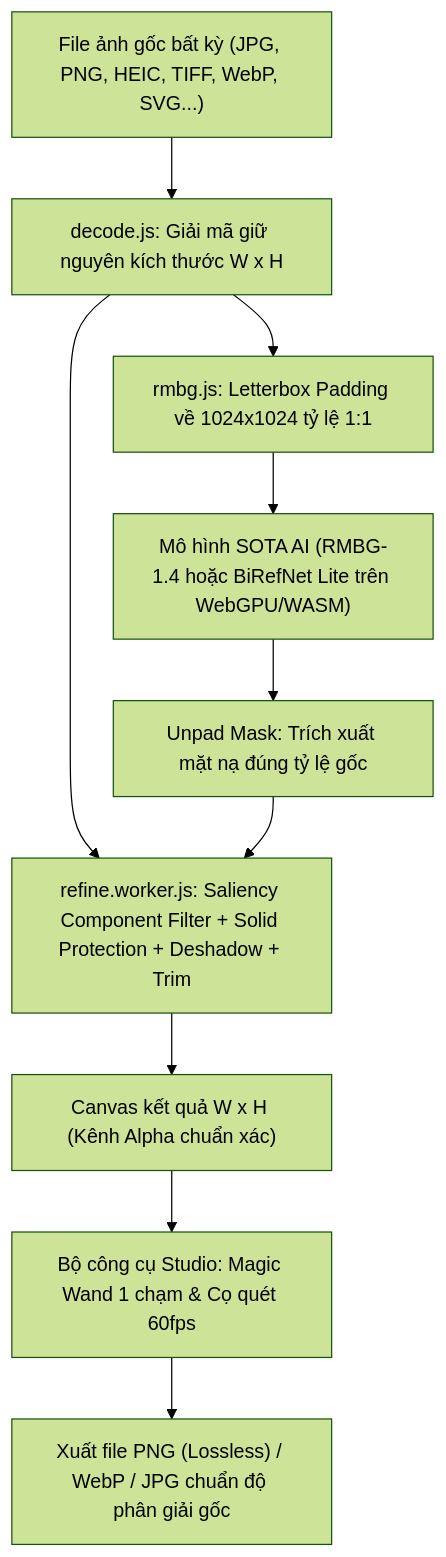
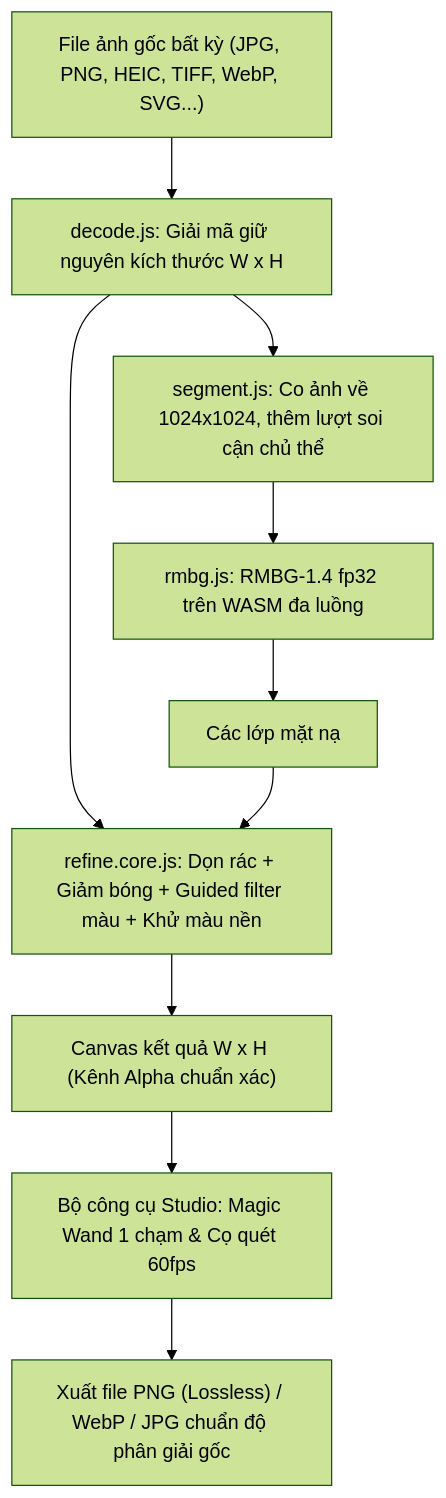
The diagram in README.md (wwm100107-creator/xoa-phong-nen), drawn with Mermaid (forest theme) before and after one commit. The commit also changed other lines of this file and 8 other files, not shown here.

````diff
--- a/README.md
+++ b/README.md
@@ -37,12 +33,12 @@
 ```mermaid
 flowchart TD
     A["File ảnh gốc bất kỳ (JPG, PNG, HEIC, TIFF, WebP, SVG...)"] --> B["decode.js: Giải mã giữ nguyên kích thước W x H"]
-    B --> C["rmbg.js: Letterbox Padding về 1024x1024 tỷ lệ 1:1"]
-    C --> D["Mô hình SOTA AI (RMBG-1.4 hoặc BiRefNet Lite trên WebGPU/WASM)"]
-    D --> E["Unpad Mask: Trích xuất mặt nạ đúng tỷ lệ gốc"]
-    B --> F["refine.worker.js: Saliency Component Filter + Solid Protection + Deshadow + Trim"]
+    B --> C["segment.js: Co ảnh về 1024x1024, thêm lượt soi cận chủ thể"]
+    C --> D["rmbg.js: RMBG-1.4 fp32 trên WASM đa luồng"]
+    D --> E["Các lớp mặt nạ"]
+    B --> F["refine.core.js: Dọn rác + Giảm bóng + Guided filter màu + Khử màu nền"]
     E --> F
     F --> G["Canvas kết quả W x H (Kênh Alpha chuẩn xác)"]
     G --> H["Bộ công cụ Studio: Magic Wand 1 chạm & Cọ quét 60fps"]
     H --> I["Xuất file PNG (Lossless) / WebP / JPG chuẩn độ phân giải gốc"]
 ```
````
